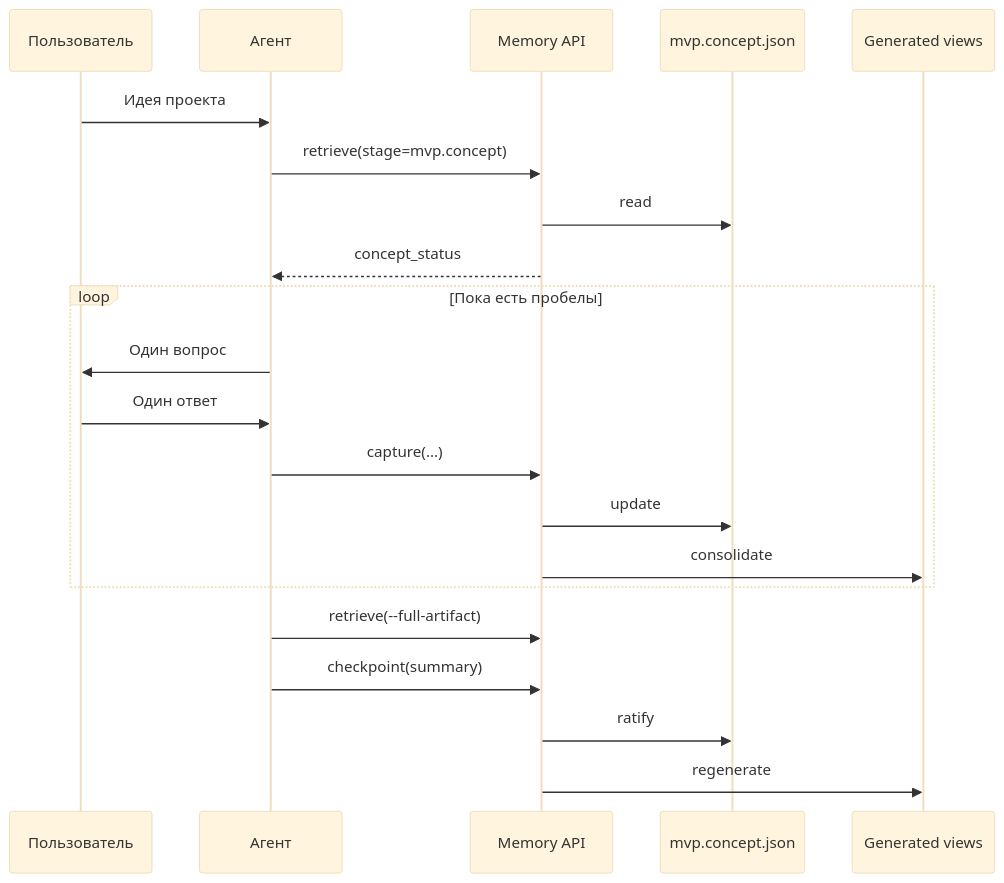
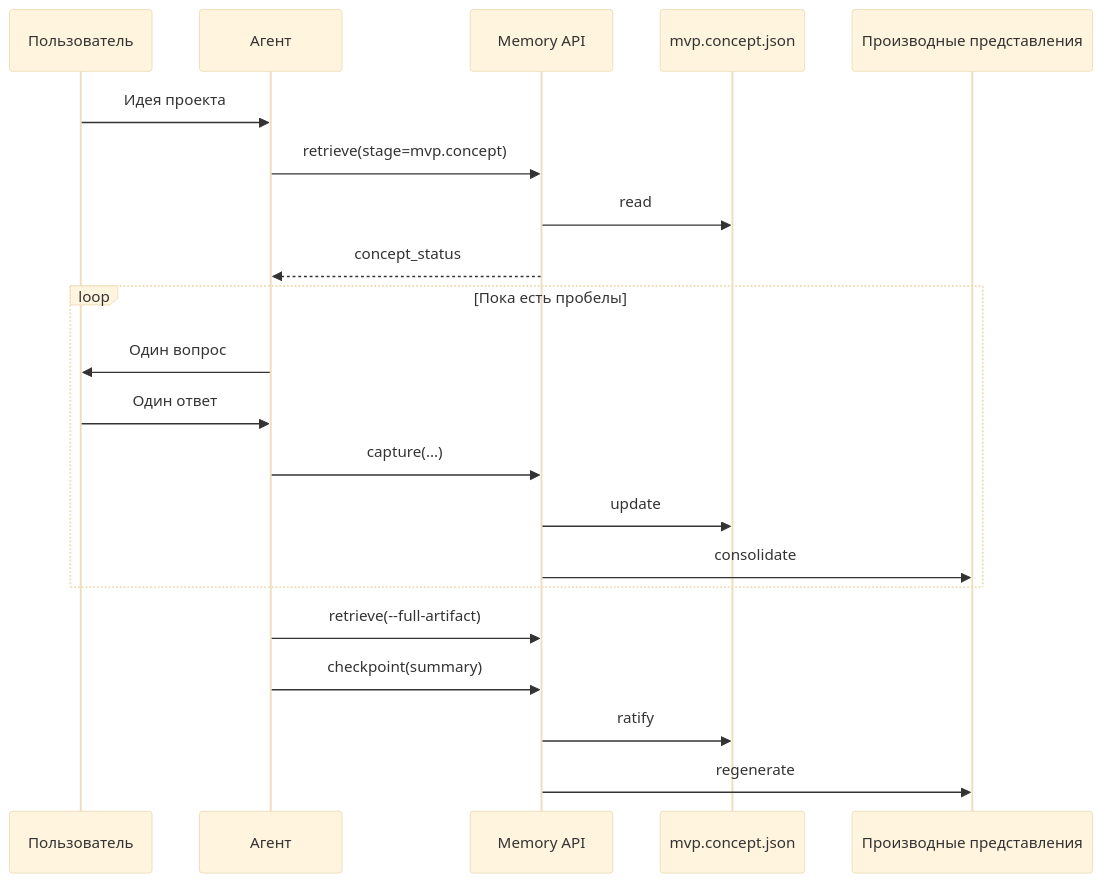
Before and after one commit to MADTeacher/MADSpec: the second of 4 diagrams in docs/mvp/madspec.mvp.concept.md, drawn with Mermaid (base theme). The commit also changed other lines of this file and 19 other files, not shown here.

````diff
--- a/docs/mvp/madspec.mvp.concept.md
+++ b/docs/mvp/madspec.mvp.concept.md
@@ -112,24 +112,24 @@
 ```mermaid
 sequenceDiagram
     participant U as Пользователь
     participant A as Агент
     participant M as Memory API
     participant S as mvp.concept.json
-    participant G as Generated views
+    participant G as Производные представления
 
     U->>A: Идея проекта
     A->>M: retrieve(stage=mvp.concept)
     M->>S: read
     M-->>A: concept_status
     loop Пока есть пробелы
         A->>U: Один вопрос
         U->>A: Один ответ
         A->>M: capture(...)
         M->>S: update
         M->>G: consolidate
     end
     A->>M: retrieve(--full-artifact)
     A->>M: checkpoint(summary)
     M->>S: ratify
     M->>G: regenerate
 ```
````
